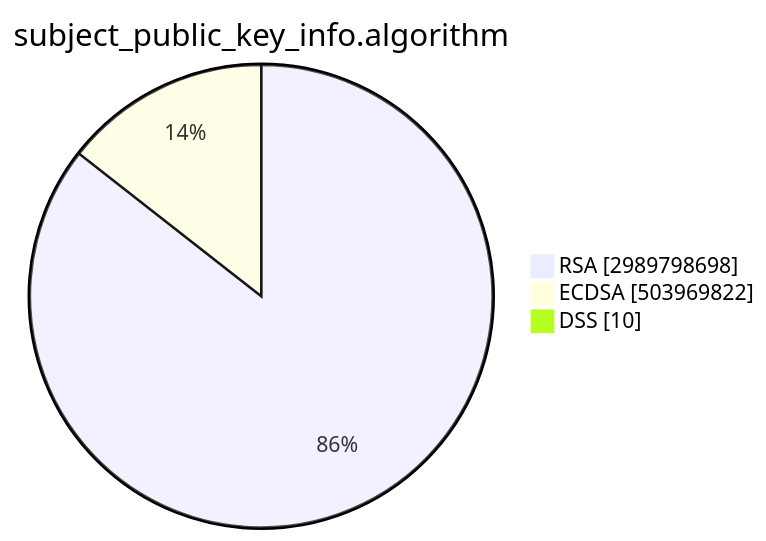
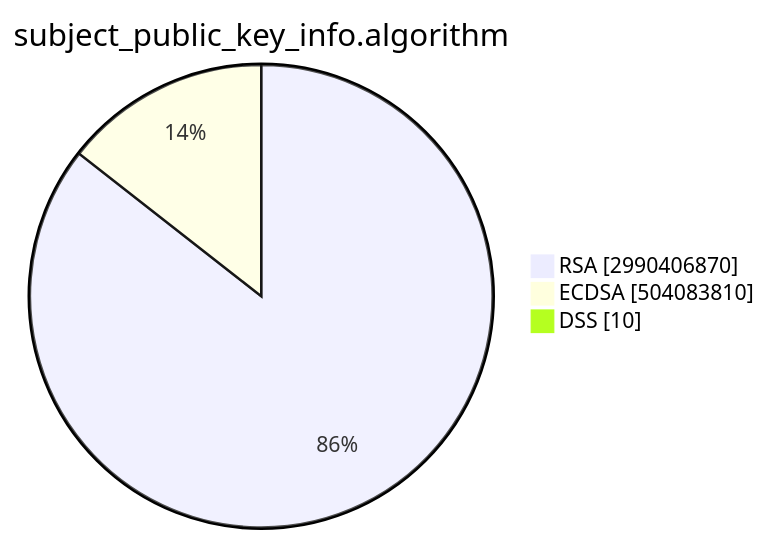
One commit to christiankrug/ctmonitor_visualization changed the second of 15 diagrams in TOTAL/README.md. Above: the diagram before and after it, drawn with Mermaid. The commit also changed other lines of this file, not shown here.

````diff
--- a/TOTAL/README.md
+++ b/TOTAL/README.md
@@ -6,7 +6,7 @@
 ```mermaid
 pie showData
 title subject_public_key_info.algorithm
-"RSA" :2989798698
-"ECDSA" :503969822
+"RSA" :2990406870
+"ECDSA" :504083810
 "DSS" :10
 ```
````
